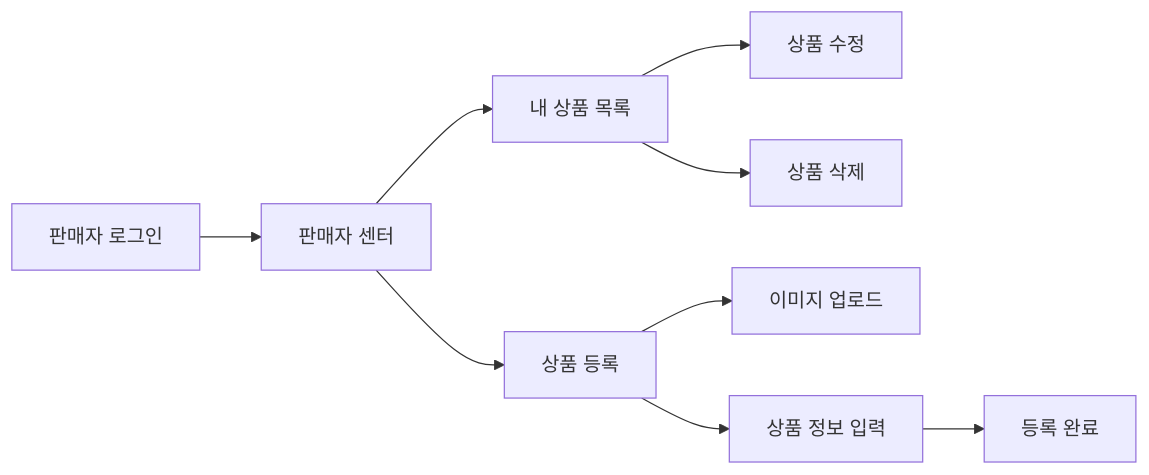
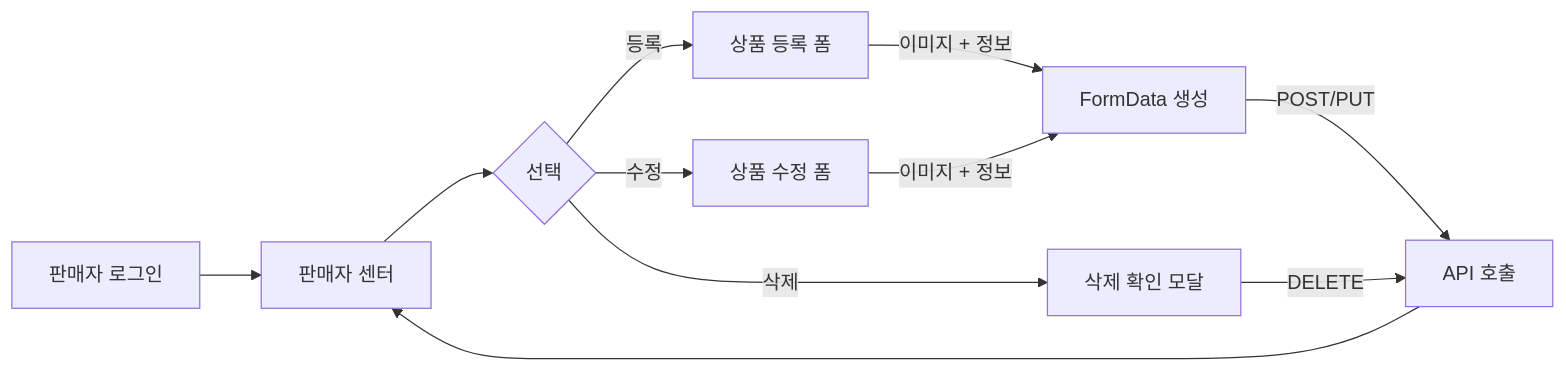
Before and after one commit to Open-Learn-Team/open-market: diagram 11 of 11 in README.md, drawn with Mermaid. The commit also changed other lines of this file and 19 other files, not shown here.

````diff
--- a/README.md
+++ b/README.md
@@ -547,11 +682,14 @@
 ```mermaid
 graph LR
     A[판매자 로그인] --> B[판매자 센터]
-    B --> C[내 상품 목록]
-    B --> D[상품 등록]
-    C --> E[상품 수정]
-    C --> F[상품 삭제]
-    D --> G[이미지 업로드]
-    D --> H[상품 정보 입력]
-    H --> I[등록 완료]
+    B --> C{선택}
+    C -->|등록| D[상품 등록 폼]
+    C -->|수정| E[상품 수정 폼]
+    C -->|삭제| F[삭제 확인 모달]
+
+    D -->|이미지 + 정보| G[FormData 생성]
+    E -->|이미지 + 정보| G
+    G -->|POST/PUT| H[API 호출]
+    F -->|DELETE| H
+    H --> B
 ```
````
